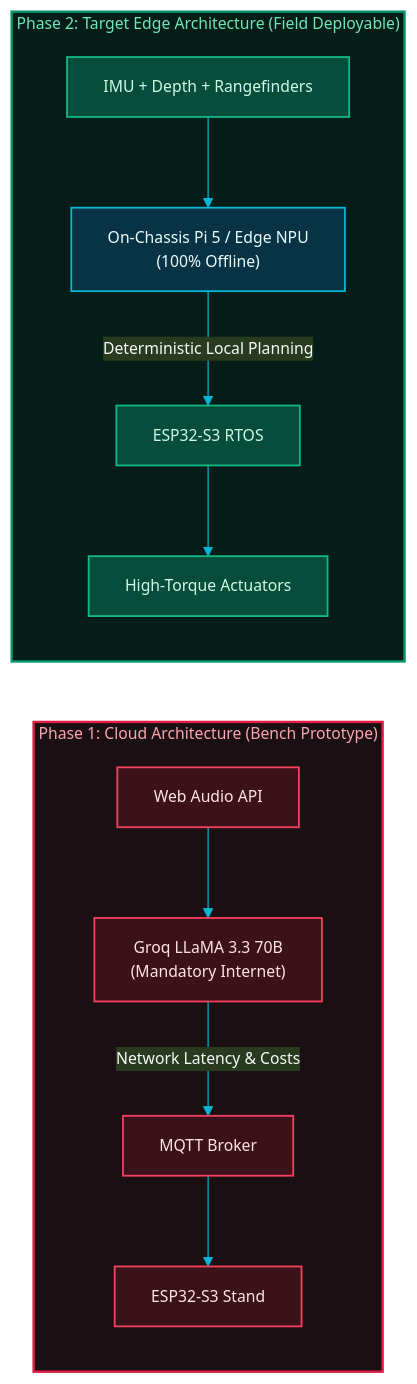
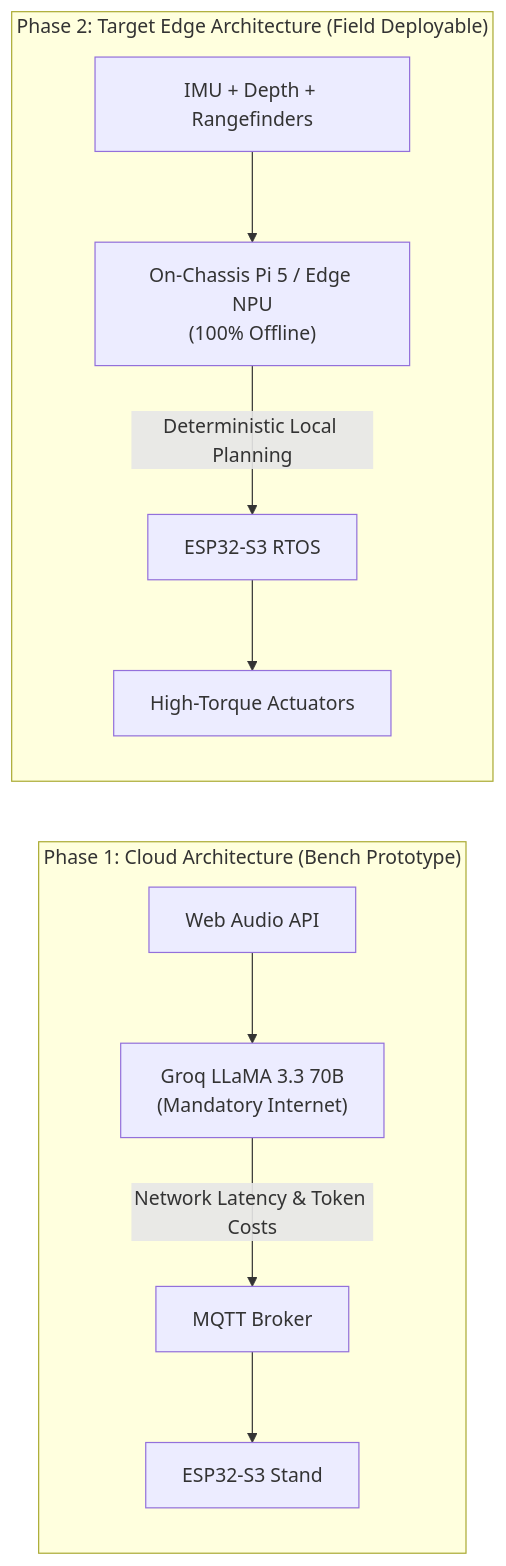
One commit to GrrGrrMan/spider-blog changed the third of 4 diagrams in src/content/docs/00-mission-and-intentions.md. Above: the diagram before and after it, drawn with Mermaid. The commit also changed other lines of this file and 1 other file, not shown here.

````diff
--- a/src/content/docs/00-mission-and-intentions.md
+++ b/src/content/docs/00-mission-and-intentions.md
@@ -116,26 +86,14 @@
 ```mermaid
-%%{init: {'theme': 'base', 'themeVariables': {'primaryColor': '#1e293b', 'primaryTextColor': '#f8fafc', 'primaryBorderColor': '#334155', 'lineColor': '#06b6d4', 'textColor': '#f8fafc', 'fontSize': '13px'}}}%%
 flowchart LR
     subgraph CloudBench ["Phase 1: Cloud Architecture (Bench Prototype)"]
         SPEECH["Web Audio API"] --> CLOUD_LLM["Groq LLaMA 3.3 70B<br/>(Mandatory Internet)"]
-        CLOUD_LLM -->|Network Latency & Costs| MQTT_C["MQTT Broker"]
+        CLOUD_LLM -->|Network Latency & Token Costs| MQTT_C["MQTT Broker"]
         MQTT_C --> ESP32_C["ESP32-S3 Stand"]
     end
 
     subgraph LocalEdge ["Phase 2: Target Edge Architecture (Field Deployable)"]
         SENSORS["IMU + Depth + Rangefinders"] --> SBC["On-Chassis Pi 5 / Edge NPU<br/>(100% Offline)"]
         SBC -->|Deterministic Local Planning| ESP32_E["ESP32-S3 RTOS"]
         ESP32_E --> SERVOS["High-Torque Actuators"]
     end
-
-    classDef cloudNode fill:#3b1219,stroke:#f43f5e,stroke-width:1.5px,color:#ffe4e6;
-    classDef edgeNode fill:#064e3b,stroke:#10b981,stroke-width:1.5px,color:#d1fae5;
-    classDef edgeCore fill:#083344,stroke:#06b6d4,stroke-width:1.5px,color:#ecfeff;
-
-    class SPEECH,CLOUD_LLM,MQTT_C,ESP32_C cloudNode;
-    class SENSORS,ESP32_E,SERVOS edgeNode;
-    class SBC edgeCore;
-
-    style CloudBench fill:#1a0f13,stroke:#e11d48,stroke-width:2px,color:#fda4af
-    style LocalEdge fill:#051d18,stroke:#059669,stroke-width:2px,color:#6ee7b7
 ```
````
